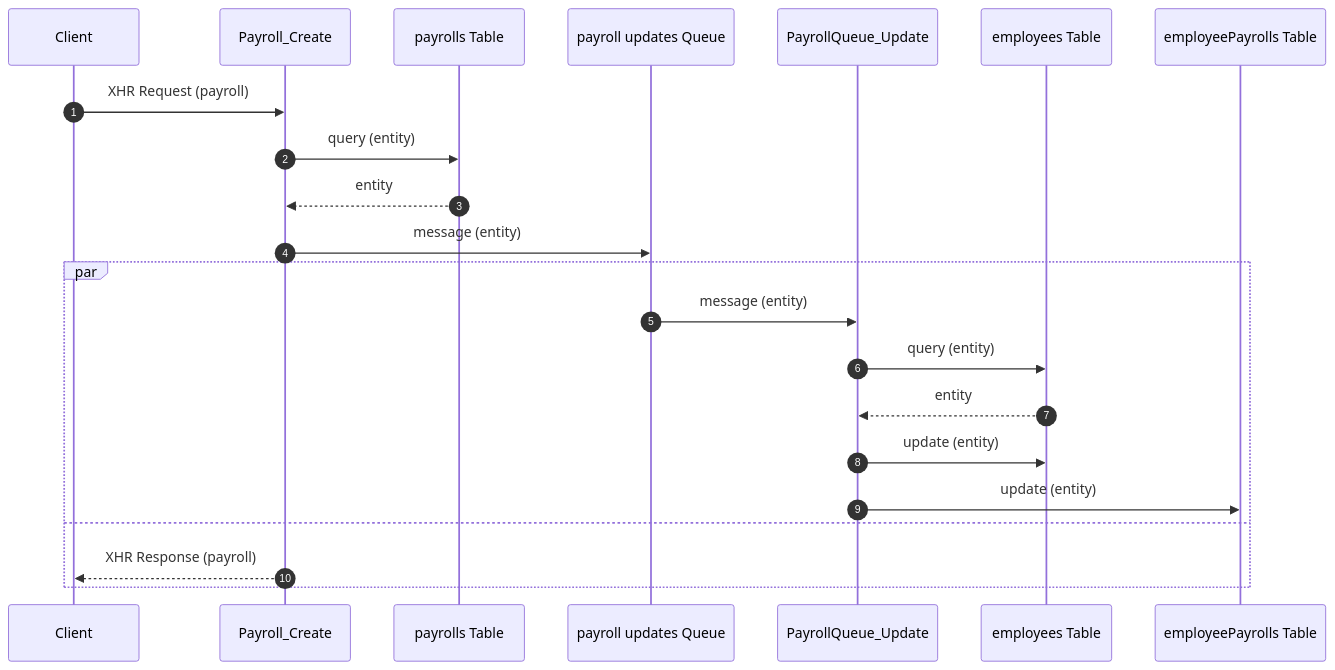
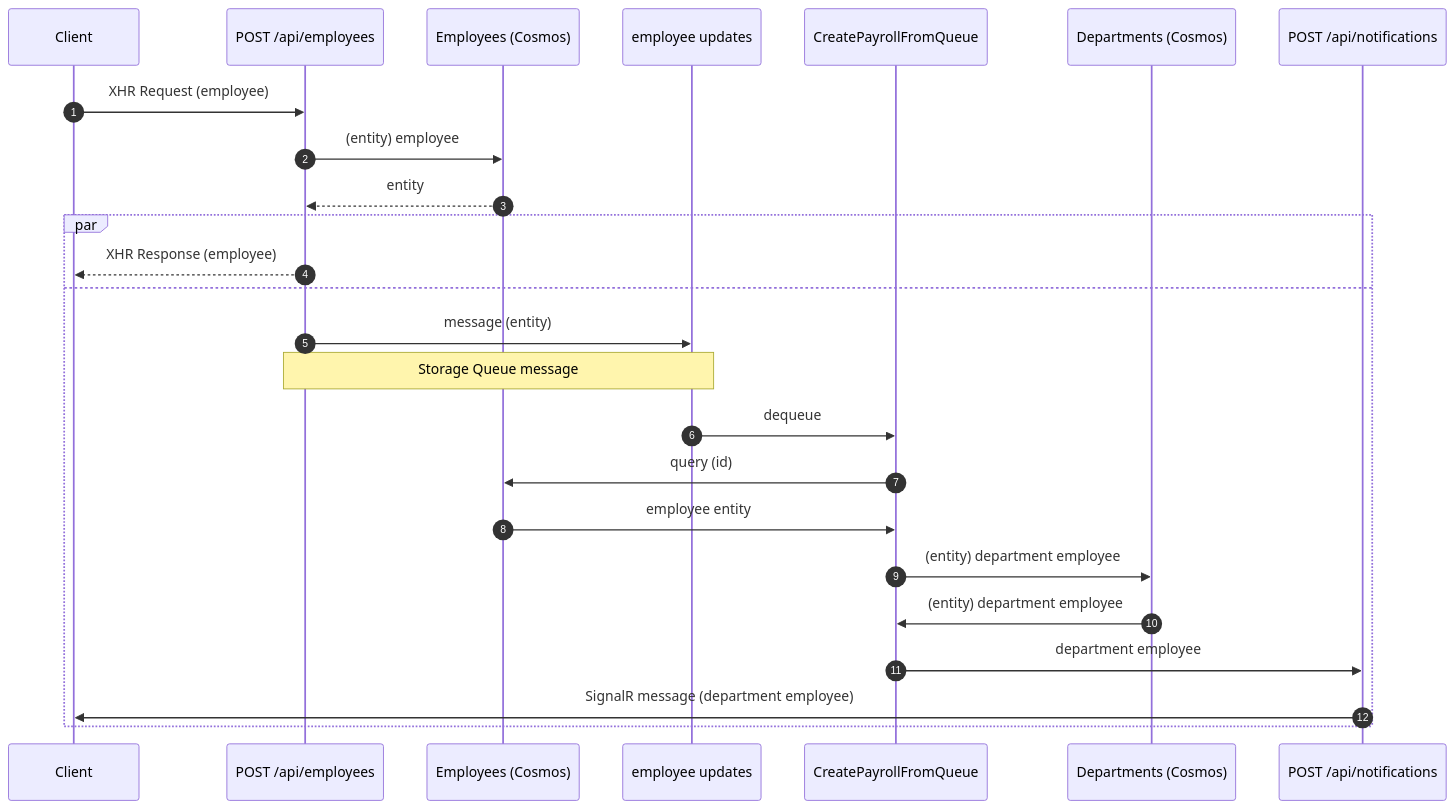
Before and after one commit to KyleMcMaster/payroll-processor: the second of 2 diagrams in docs/ARCHITECTURE.md, drawn with Mermaid. The commit also changed other lines of this file, not shown here.

Commit message:
docs(ARCHITECTURE): update mermaid diagrams to match cosmos impl

````diff
--- a/docs/ARCHITECTURE.md
+++ b/docs/ARCHITECTURE.md
@@ -29,17 +18,21 @@
 ```mermaid
 sequenceDiagram
     autonumber
-    Client->>Payroll_Create: XHR Request (payroll)
-    Payroll_Create->>payrolls Table: query (entity)
-    payrolls Table-->>Payroll_Create: entity
-    Payroll_Create->>payroll updates Queue: message (entity)
+    Client ->> POST /api/employees: XHR Request (employee)
+    POST /api/employees ->> Employees (Cosmos): (entity) employee
+    Employees (Cosmos) -->> POST /api/employees: entity
+
     par
-      payroll updates Queue->>PayrollQueue_Update: message (entity)
-      PayrollQueue_Update->>employees Table: query (entity)
-      employees Table-->>PayrollQueue_Update: entity
-      PayrollQueue_Update->>employees Table: update (entity)
-      PayrollQueue_Update->>employeePayrolls Table: update (entity)
+      POST /api/employees -->> Client: XHR Response (employee)
     and
-      Payroll_Create-->>Client: XHR Response (payroll)
+      POST /api/employees ->> employee updates: message (entity)
+      Note over POST /api/employees,employee updates: Storage Queue message
+      employee updates ->> CreatePayrollFromQueue: dequeue
+      CreatePayrollFromQueue ->> Employees (Cosmos): query (id)
+      Employees (Cosmos) ->> CreatePayrollFromQueue: employee entity
+      CreatePayrollFromQueue ->> Departments (Cosmos): (entity) department employee
+      Departments (Cosmos) ->> CreatePayrollFromQueue: (entity) department employee
+      CreatePayrollFromQueue ->> POST /api/notifications: department employee
+      POST /api/notifications ->> Client: SignalR message (department employee)
     end
 ```
````
